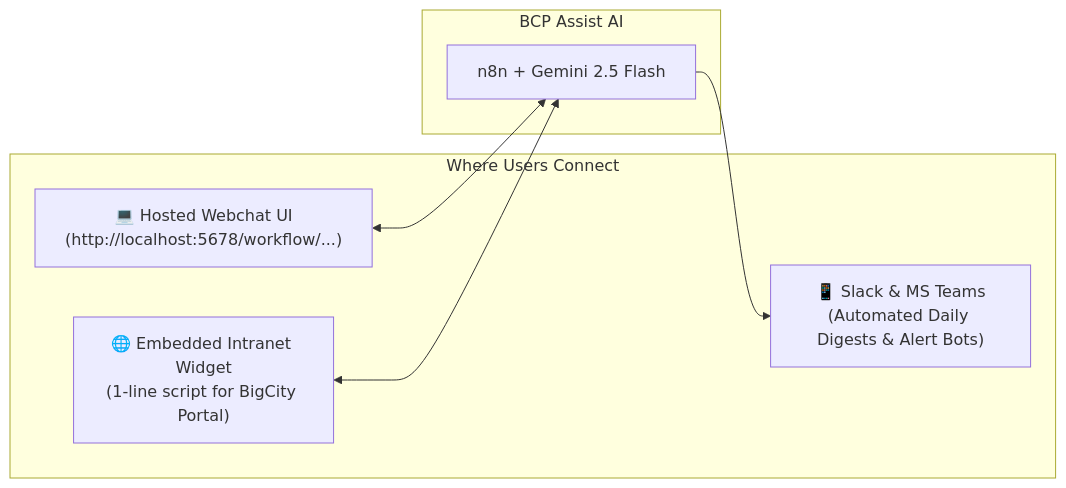
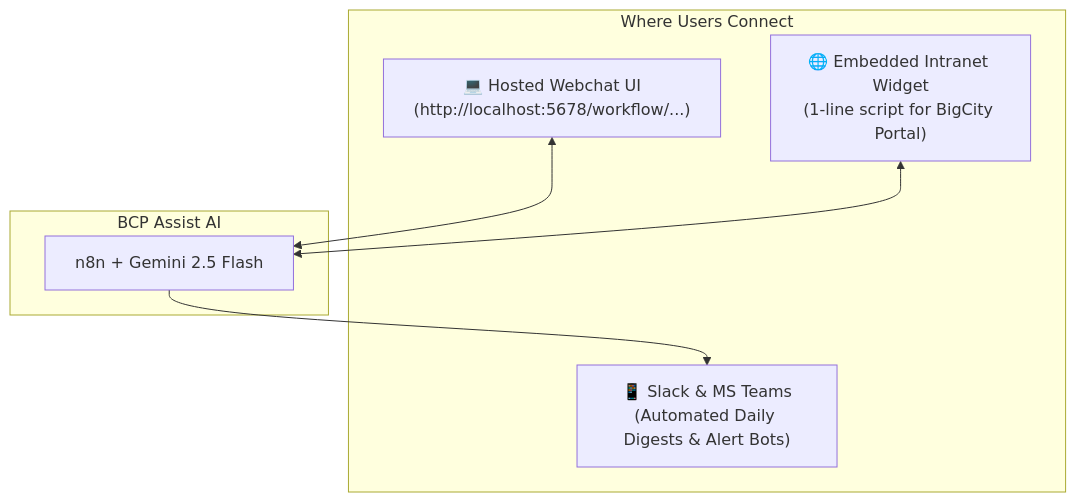
Before and after one commit to abhi-enlight/BCP-Copilot: the sixth of 11 diagrams in docs/master_project_handbook.md, drawn with Mermaid. The commit also changed 12 other files, not shown here.

````diff
--- a/docs/master_project_handbook.md
+++ b/docs/master_project_handbook.md
@@ -207,16 +207,16 @@
 ```mermaid
-flowchart LR
+flowchart 
     subgraph UserInterface["Where Users Connect"]
         U1["💻 Hosted Webchat UI\n(http://localhost:5678/workflow/...)"]
         U2["🌐 Embedded Intranet Widget\n(1-line script for BigCity Portal)"]
         U3["📱 Slack & MS Teams\n(Automated Daily Digests & Alert Bots)"]
     end
 
     subgraph Engine["BCP Assist AI"]
         Core["n8n + Gemini 2.5 Flash"]
     end
 
     U1 <--> Core
     U2 <--> Core
     Core --> U3
 ```
````
